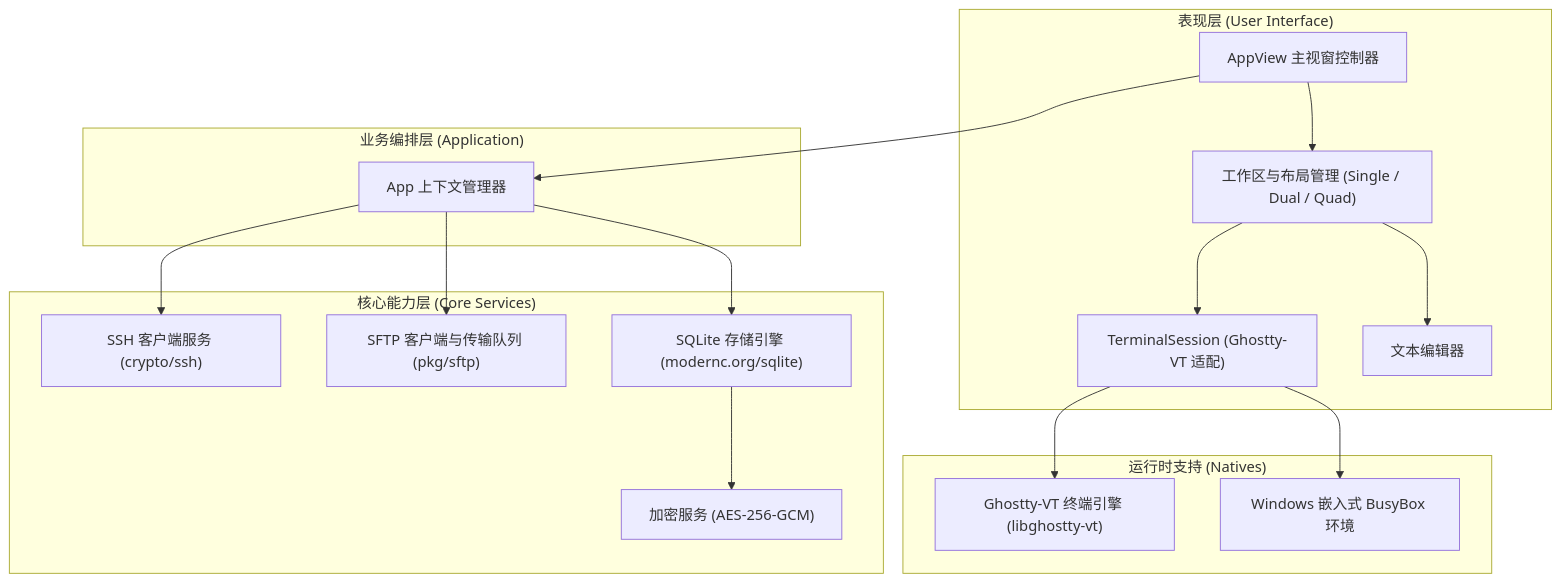
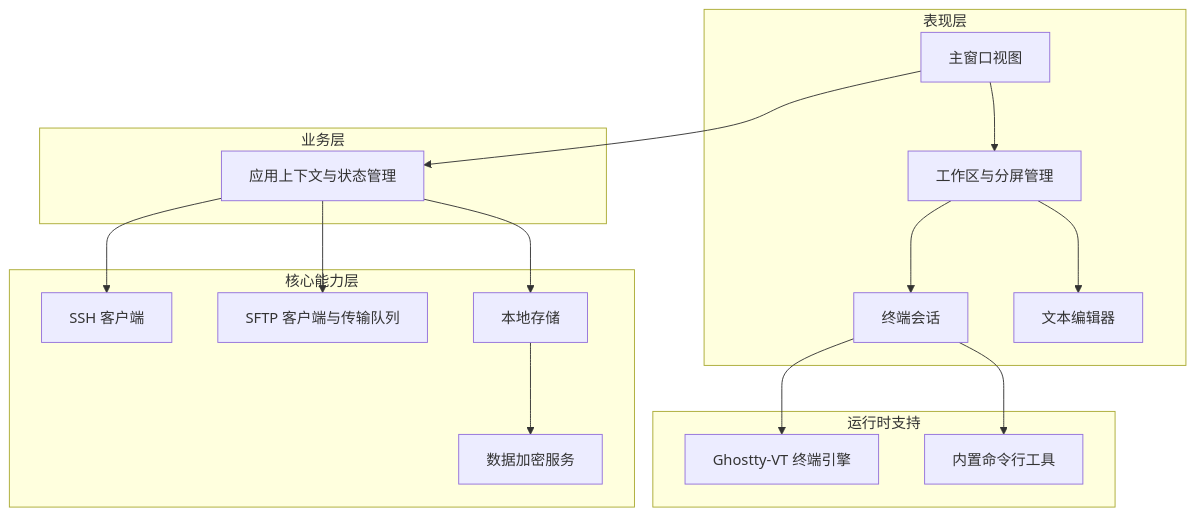
One commit to my3rs/GoShell changed the diagram in README.md. Above: the diagram before and after it, drawn with Mermaid. The commit also changed other lines of this file, not shown here.

````diff
--- a/README.md
+++ b/README.md
@@ -61,36 +43,36 @@
 ```mermaid
 flowchart TD
-    subgraph UI ["表现层 (User Interface)"]
-        AppView["AppView 主视窗控制器"]
-        Workspace["工作区与布局管理 (Single / Dual / Quad)"]
-        TermSession["TerminalSession (Ghostty-VT 适配)"]
+    subgraph UI ["表现层"]
+        AppView["主窗口视图"]
+        Workspace["工作区与分屏管理"]
+        TermSession["终端会话"]
         EditorTab["文本编辑器"]
         AppView --> Workspace
         Workspace --> TermSession
         Workspace --> EditorTab
     end
 
-    subgraph App ["业务编排层 (Application)"]
-        AppMgr["App 上下文管理器"]
+    subgraph App ["业务层"]
+        AppMgr["应用上下文与状态管理"]
         AppView --> AppMgr
     end
 
-    subgraph Core ["核心能力层 (Core Services)"]
-        SSHClient["SSH 客户端服务 (crypto/ssh)"]
-        SFTPClient["SFTP 客户端与传输队列 (pkg/sftp)"]
-        Storage["SQLite 存储引擎 (modernc.org/sqlite)"]
-        Security["加密服务 (AES-256-GCM)"]
+    subgraph Core ["核心能力层"]
+        SSHClient["SSH 客户端"]
+        SFTPClient["SFTP 客户端与传输队列"]
+        Storage["本地存储"]
+        Security["数据加密服务"]
         
         AppMgr --> SSHClient
         AppMgr --> SFTPClient
         AppMgr --> Storage
         Storage --> Security
     end
 
-    subgraph Natives ["运行时支持 (Natives)"]
-        Ghostty["Ghostty-VT 终端引擎 (libghostty-vt)"]
-        Busybox["Windows 嵌入式 BusyBox 环境"]
+    subgraph Natives ["运行时支持"]
+        Ghostty["Ghostty-VT 终端引擎"]
+        Busybox["内置命令行工具"]
         TermSession --> Ghostty
         TermSession --> Busybox
     end
 ```
````
